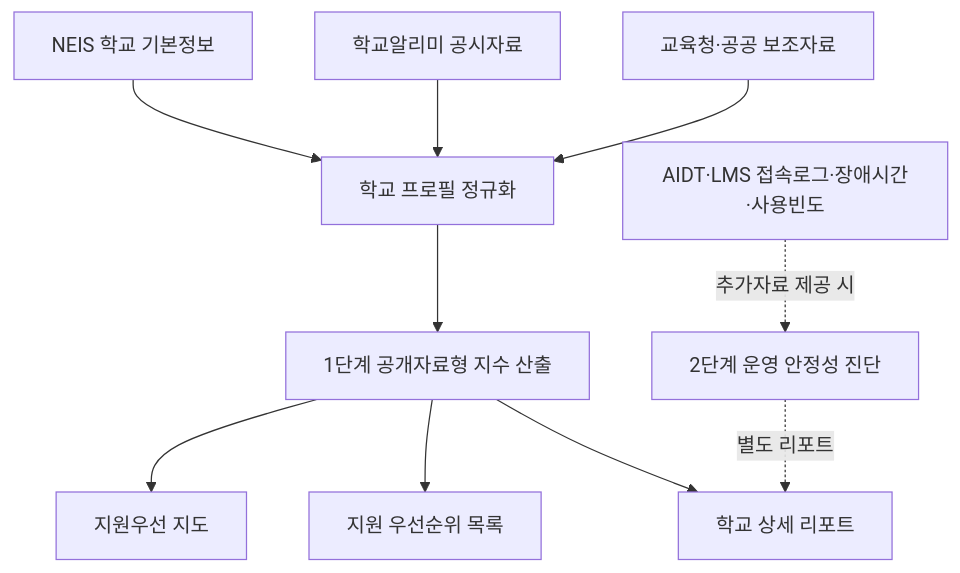
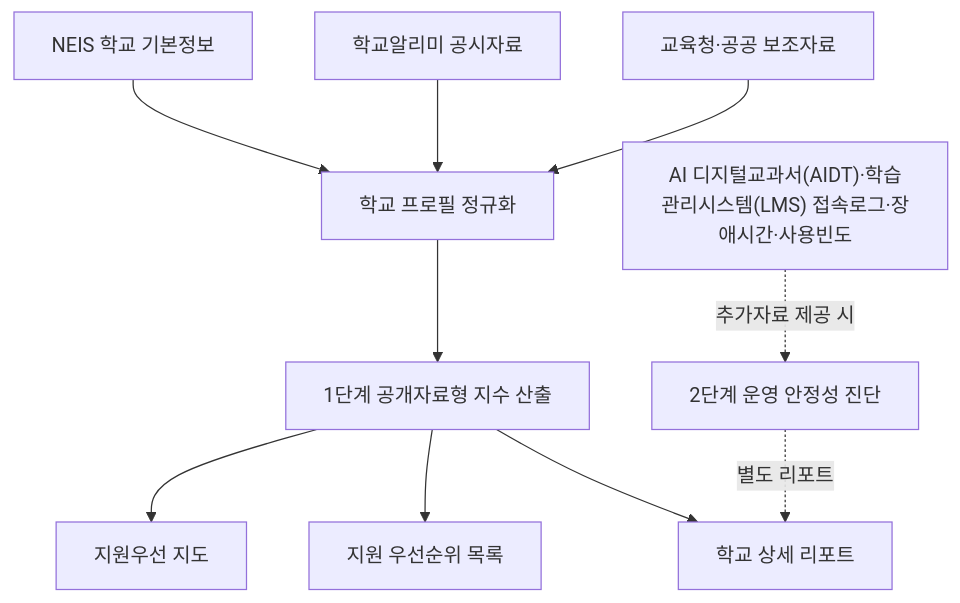
The diagram in docs/MVP_STRUCTURE_REVIEW.md (SeungMin-Park-psm1757/ai_education_gapmap), drawn with Mermaid before and after one commit. The commit also changed other lines of this file and 28 other files, not shown here.

Commit message:
Expand AIDT and LMS labels

````diff
--- a/docs/MVP_STRUCTURE_REVIEW.md
+++ b/docs/MVP_STRUCTURE_REVIEW.md
@@ -369,12 +369,12 @@
 ```mermaid
 flowchart TD
   A["NEIS 학교 기본정보"] --> D["학교 프로필 정규화"]
   B["학교알리미 공시자료"] --> D
   C["교육청·공공 보조자료"] --> D
   D --> E["1단계 공개자료형 지수 산출"]
   E --> F["지원우선 지도"]
   E --> G["지원 우선순위 목록"]
   E --> H["학교 상세 리포트"]
-  I["AIDT·LMS 접속로그·장애시간·사용빈도"] -. "추가자료 제공 시" .-> J["2단계 운영 안정성 진단"]
+  I["AI 디지털교과서(AIDT)·학습관리시스템(LMS) 접속로그·장애시간·사용빈도"] -. "추가자료 제공 시" .-> J["2단계 운영 안정성 진단"]
   J -. "별도 리포트" .-> H
 ```
````
